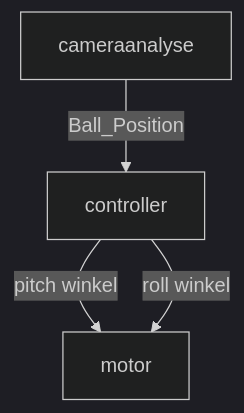
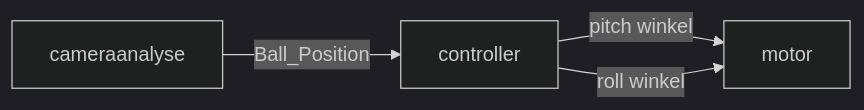
One commit to yifan-Technology/stewart-platform changed the diagram in ballControllerForRos2Src/controller_pid/readme.md. Above: the diagram before and after it, drawn with Mermaid (dark theme).

Commit message:
Update readme.md
浏览器的原因导致readme不显示流程图。所以流程图的代码不需要修改。只需要添加库就可以。例如chrom，可以从https://chrome.google.com/webstore/detail/github-%2B-mermaid/goiiopgdnkogdbjmncgedmgpoajilohe/related 添加。

````diff
--- a/ballControllerForRos2Src/controller_pid/readme.md
+++ b/ballControllerForRos2Src/controller_pid/readme.md
@@ -9,6 +9,6 @@
 ```mermaid
-graph TD
+graph LR
 A[cameraanalyse] -->|Ball_Position|C[controller]
 C -->|pitch winkel| D[motor]
 C -->|roll winkel| D[motor]
 ```
````
